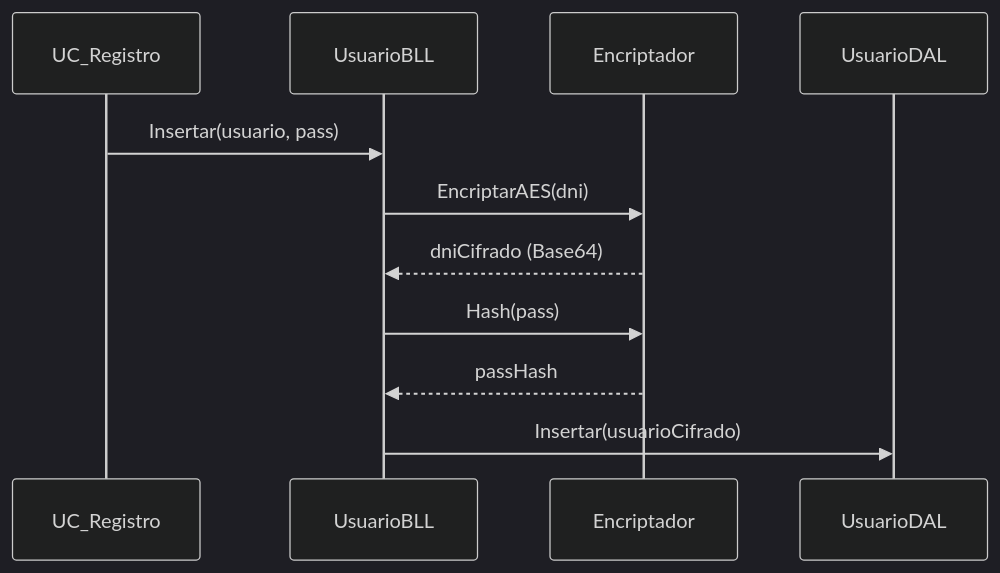
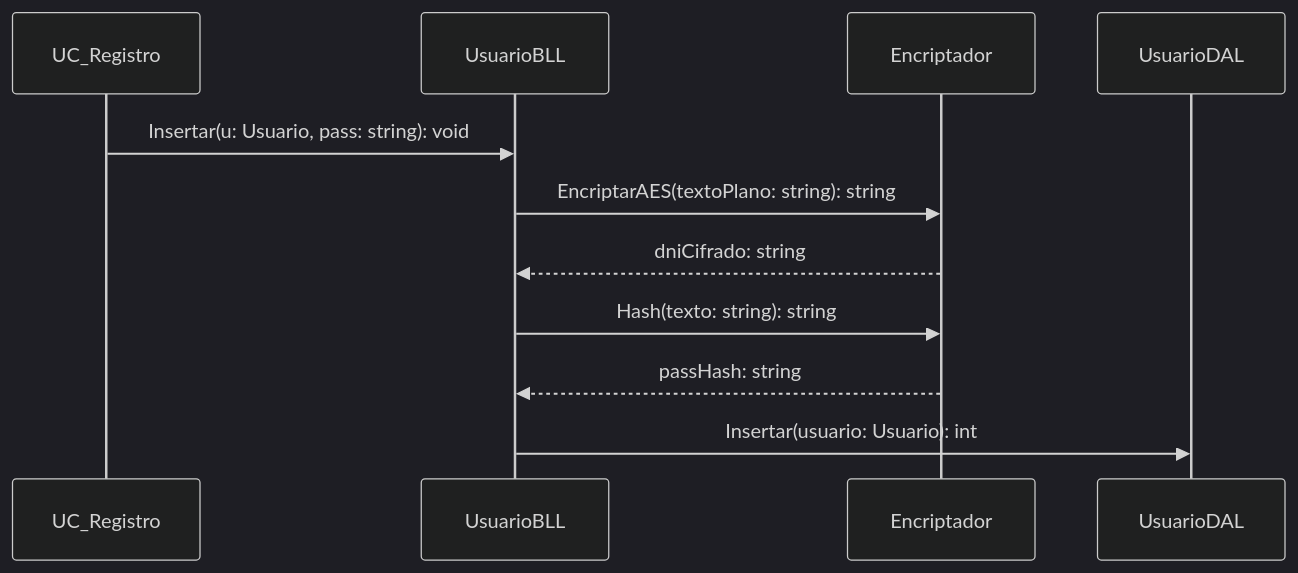
Before and after one commit to condenl/Trabajo-Practico-Final: diagram 12 of 19 in Documentacion/Carpeta_Documentacion.md, drawn with Mermaid (dark theme). The commit also changed other lines of this file and 3 other files, not shown here.

Commit message:
Cambios: + Diagramas de clase - indicar todos los metodos + DS incluir firmas + Agregar alta de idioma DS + Agregar idioma y cerrar sesion, reflejar cambios + Mantener el idioma seleccionado

````diff
--- a/Documentacion/Carpeta_Documentacion.md
+++ b/Documentacion/Carpeta_Documentacion.md
@@ -2213,14 +2299,14 @@
 ```mermaid
 sequenceDiagram
     participant UI as UC_Registro
     participant BLL as UsuarioBLL
     participant Enc as Encriptador
     participant DAL as UsuarioDAL
 
-    UI->>BLL: Insertar(usuario, pass)
-    BLL->>Enc: EncriptarAES(dni)
-    Enc-->>BLL: dniCifrado (Base64)
-    BLL->>Enc: Hash(pass)
-    Enc-->>BLL: passHash
-    BLL->>DAL: Insertar(usuarioCifrado)
+    UI->>BLL: Insertar(u: Usuario, pass: string): void
+    BLL->>Enc: EncriptarAES(textoPlano: string): string
+    Enc-->>BLL: dniCifrado: string
+    BLL->>Enc: Hash(texto: string): string
+    Enc-->>BLL: passHash: string
+    BLL->>DAL: Insertar(usuario: Usuario): int
 ```
````
